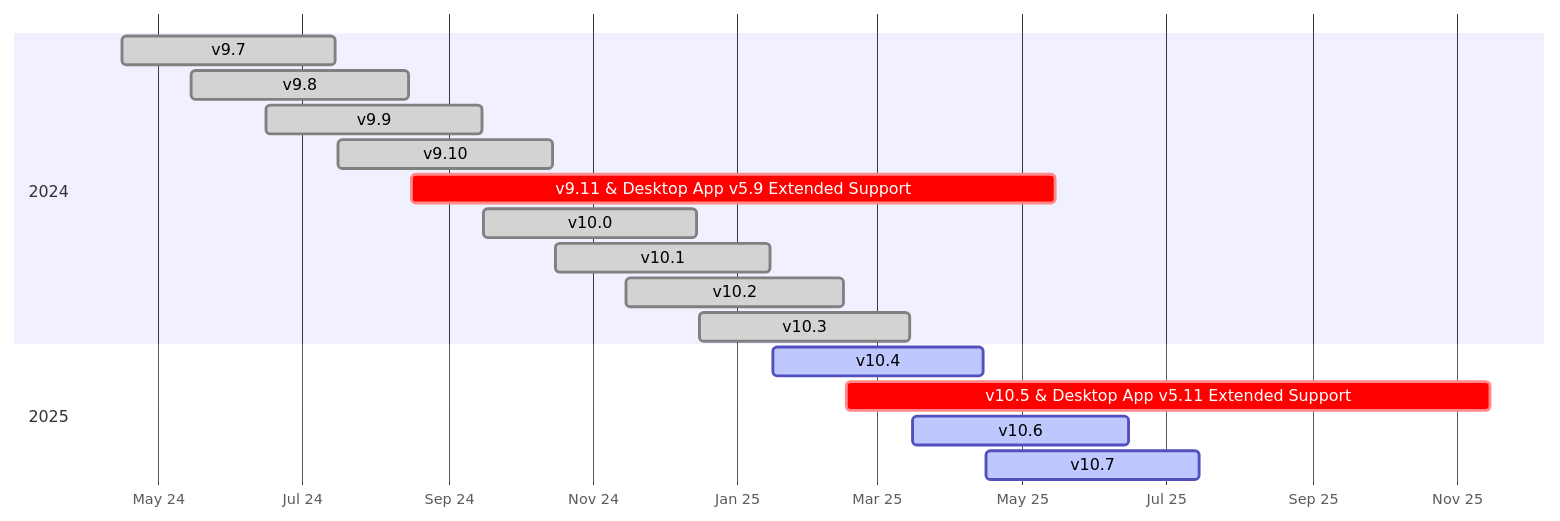
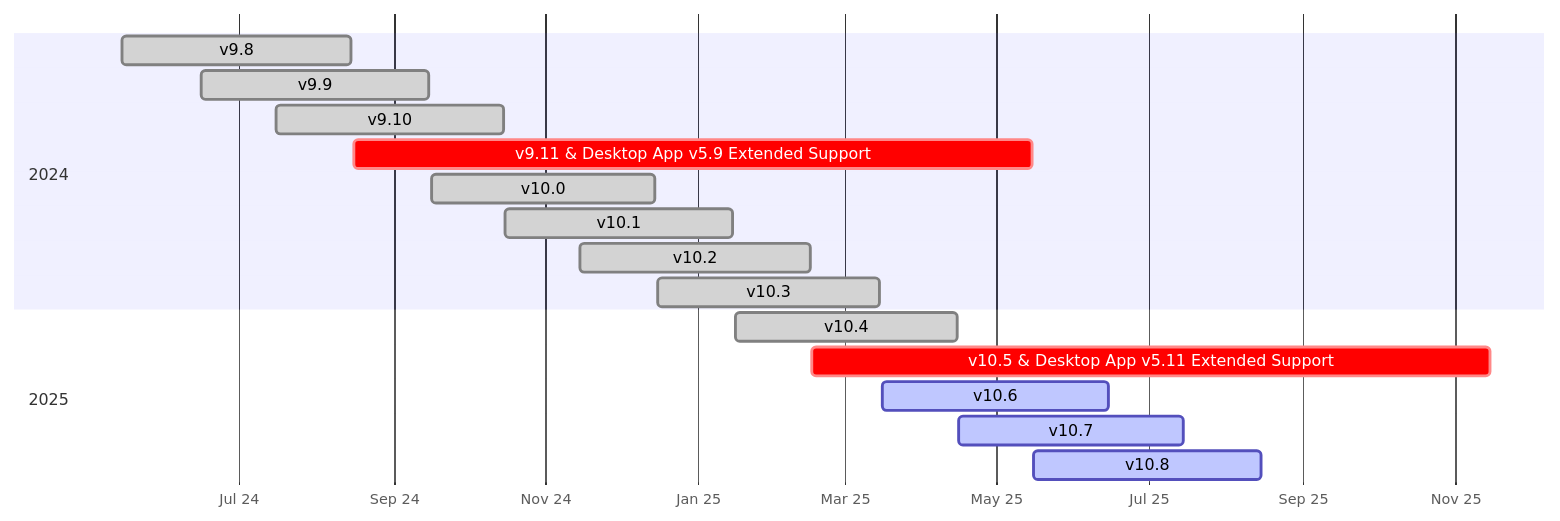
One commit to mattermost/docs changed the diagram in source/about/release-policy.md. Above: the diagram before and after it, drawn with Mermaid.

````diff
--- a/source/about/release-policy.md
+++ b/source/about/release-policy.md
@@ -48,24 +48,24 @@
 ```{mermaid}
 
 gantt
     dateFormat  YYYY-MM-DD
     axisFormat  %b %y
     tickInterval 2month
     
     section 2024
-    v9.7                   :done,  2024-04-16, 2024-07-15
     v9.8                   :done,  2024-05-15, 2024-08-15
     v9.9                   :done,  2024-06-16, 2024-09-15
     v9.10                  :done,  2024-07-16, 2024-10-15
     v9.11 & Desktop App v5.9 Extended Support :crit,    2024-08-16, 2025-05-15
     v10.0                  :done,    2024-09-16, 2024-12-15
     v10.1                  :done,    2024-10-16, 2025-01-15
     v10.2                  :done,  2024-11-15, 2025-02-15
     v10.3                  :done,  2024-12-16, 2025-03-15
 
     section 2025
-    v10.4                  :active,  2025-01-16, 2025-04-15
+    v10.4                  :done,  2025-01-16, 2025-04-15
     v10.5 & Desktop App v5.11 Extended Support :crit,    2025-02-16, 2025-11-15
     v10.6                  :active, 2025-03-16, 2025-06-15
     v10.7                  :active, 2025-04-16, 2025-07-15
+    v10.8                  :active, 2025-05-16, 2025-08-15
 ```
````
